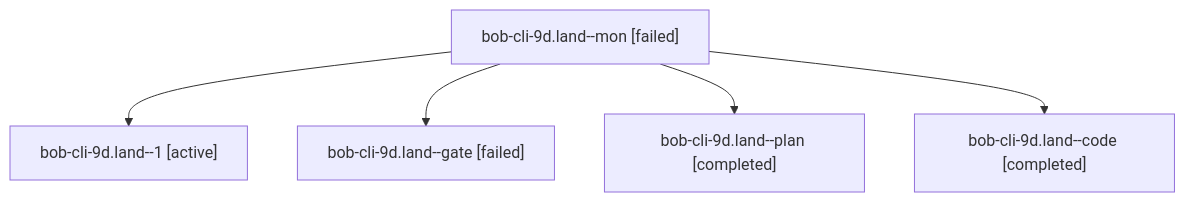
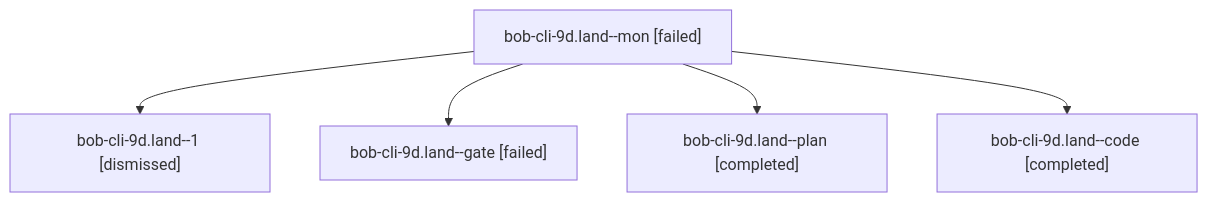
The diagram in sessions/bbugyi200.athena.bob-cli-9d.land.md (bobs-org/bob-cli--agents), drawn with Mermaid before and after one commit. The commit also changed other lines of this file and 60 other files, not shown here.

````diff
--- a/sessions/bbugyi200.athena.bob-cli-9d.land.md
+++ b/sessions/bbugyi200.athena.bob-cli-9d.land.md
@@ -9,12 +9,12 @@
 ```mermaid
 flowchart TD
   n0["bob-cli-9d.land--mon [failed]"]
-  n1["bob-cli-9d.land--1 [active]"]
+  n1["bob-cli-9d.land--1 [dismissed]"]
   n0 --> n1
   n2["bob-cli-9d.land--gate [failed]"]
   n0 --> n2
   n3["bob-cli-9d.land--plan [completed]"]
   n0 --> n3
   n4["bob-cli-9d.land--code [completed]"]
   n0 --> n4
 ```
````
